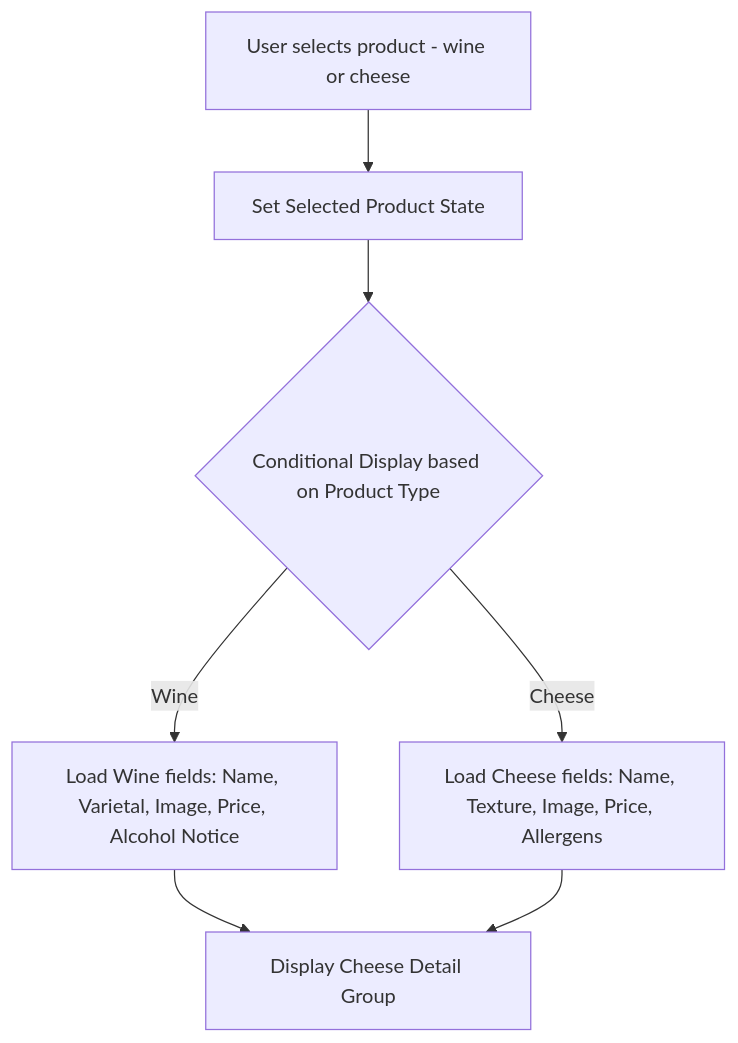
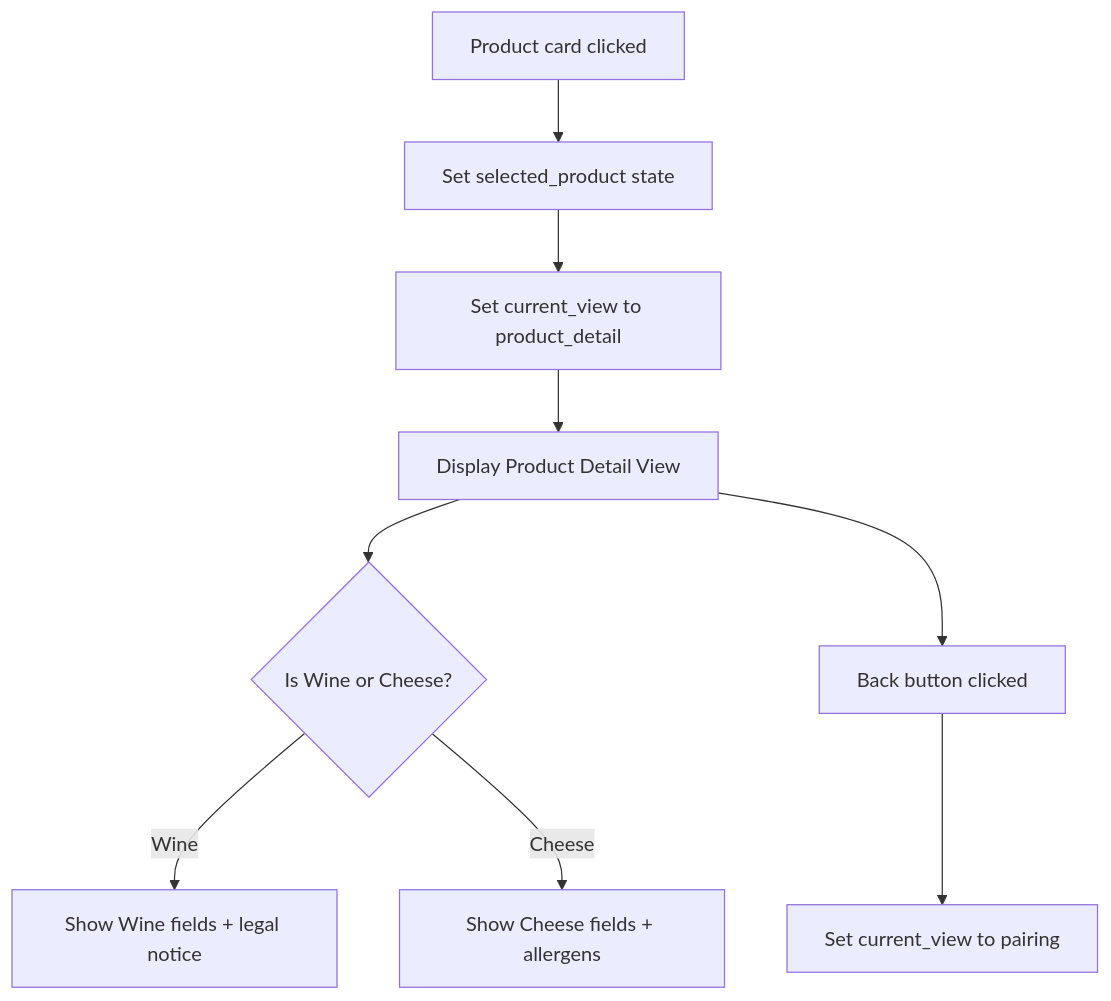
The sixth of 14 diagrams in Documents/TechnicalSpecification/technicalSpecification.md (algosup/2024-2025-project-5-bubble-intermarche-team-5), drawn with Mermaid before and after one commit. The commit also changed other lines of this file and 1 other file, not shown here.

````diff
--- a/Documents/TechnicalSpecification/technicalSpecification.md
+++ b/Documents/TechnicalSpecification/technicalSpecification.md
@@ -377,9 +670,11 @@
 ```mermaid
 flowchart TD
-    select_product[User selects product - wine or cheese] --> set_product_state[Set Selected Product State]
-    set_product_state --> conditional_display{Conditional Display based on Product Type}
-    conditional_display -->|Wine| load_wine[Load Wine fields: Name, Varietal, Image, Price, Alcohol Notice]
-    conditional_display -->|Cheese| load_cheese[Load Cheese fields: Name, Texture, Image, Price, Allergens]
-    load_wine --> display_product[Display Wine Detail Group]
-    load_cheese --> display_product[Display Cheese Detail Group]
+    A[Product card clicked] --> B[Set selected_product state]
+    B --> C[Set current_view to product_detail]
+    C --> D[Display Product Detail View]
+    D --> E{Is Wine or Cheese?}
+    E -- Wine --> F[Show Wine fields + legal notice]
+    E -- Cheese --> G[Show Cheese fields + allergens]
+    D --> H[Back button clicked]
+    H --> I[Set current_view to pairing]
 ```
````
